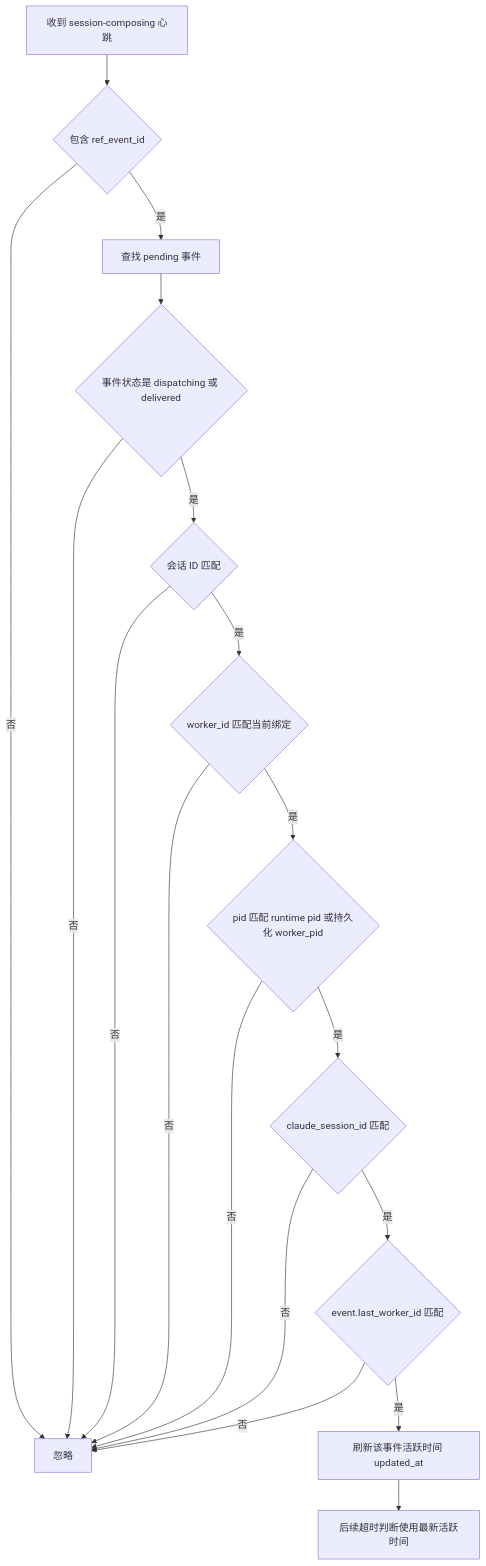
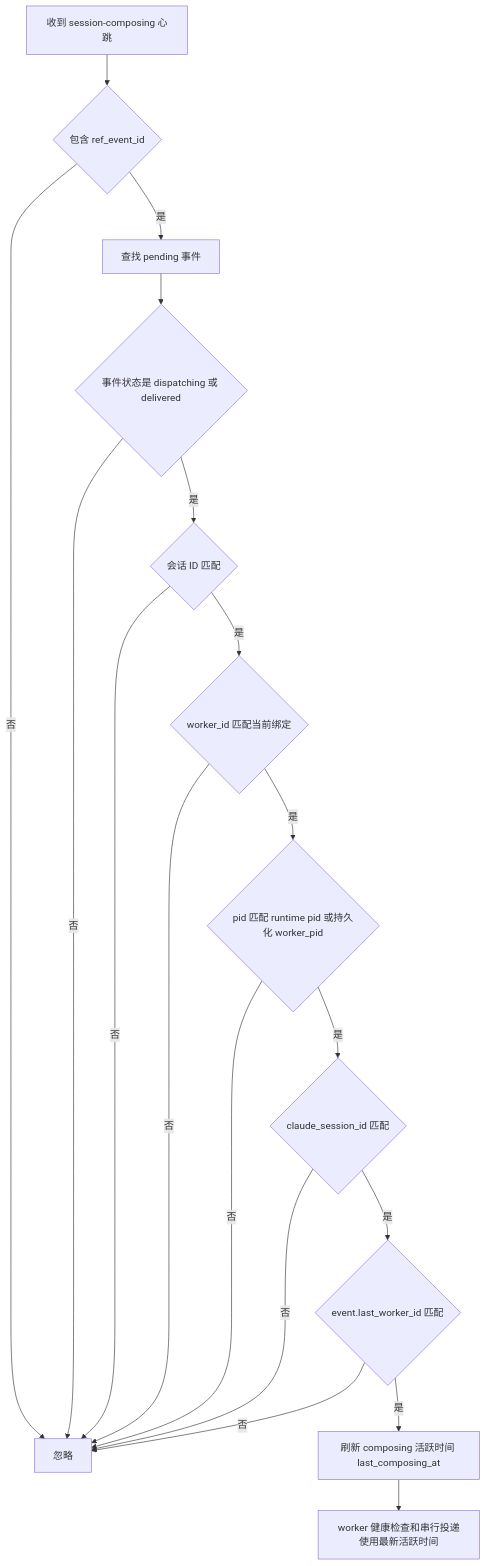
The fourth of 4 diagrams in ARCHITECTURE.md (askie/clawpool-claude), drawn with Mermaid before and after one commit. The commit also changed other lines of this file and 6 other files, not shown here.

````diff
--- a/ARCHITECTURE.md
+++ b/ARCHITECTURE.md
@@ -118,21 +118,21 @@
 ```mermaid
 flowchart TD
   A["收到 session-composing 心跳"] --> B{"包含 ref_event_id"}
   B -- "否" --> Z["忽略"]
   B -- "是" --> C["查找 pending 事件"]
 
   C --> D{"事件状态是 dispatching 或 delivered"}
   D -- "否" --> Z
   D -- "是" --> E{"会话 ID 匹配"}
   E -- "否" --> Z
   E -- "是" --> F{"worker_id 匹配当前绑定"}
   F -- "否" --> Z
   F -- "是" --> G{"pid 匹配 runtime pid 或持久化 worker_pid"}
   G -- "否" --> Z
   G -- "是" --> H{"claude_session_id 匹配"}
   H -- "否" --> Z
   H -- "是" --> I{"event.last_worker_id 匹配"}
   I -- "否" --> Z
-  I -- "是" --> J["刷新该事件活跃时间 updated_at"]
-  J --> K["后续超时判断使用最新活跃时间"]
+  I -- "是" --> J["刷新 composing 活跃时间 last_composing_at"]
+  J --> K["worker 健康检查和串行投递使用最新活跃时间"]
 ```
````
